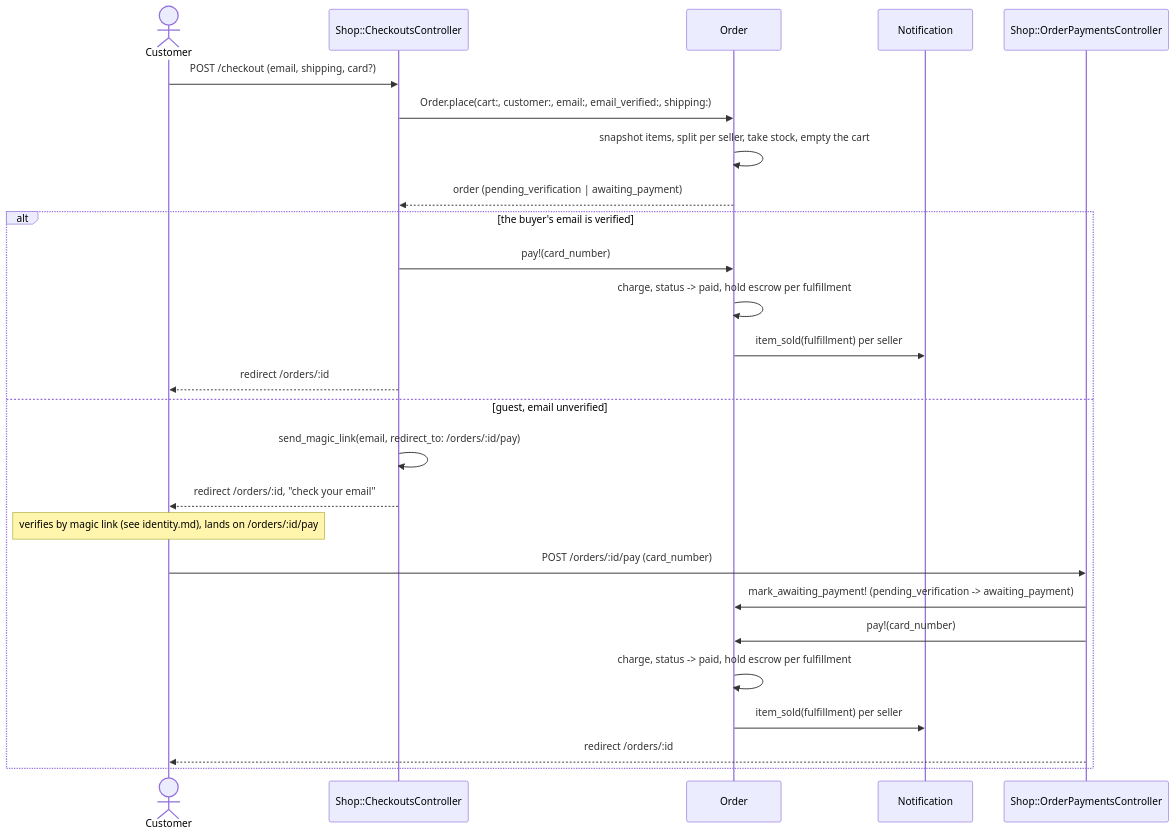
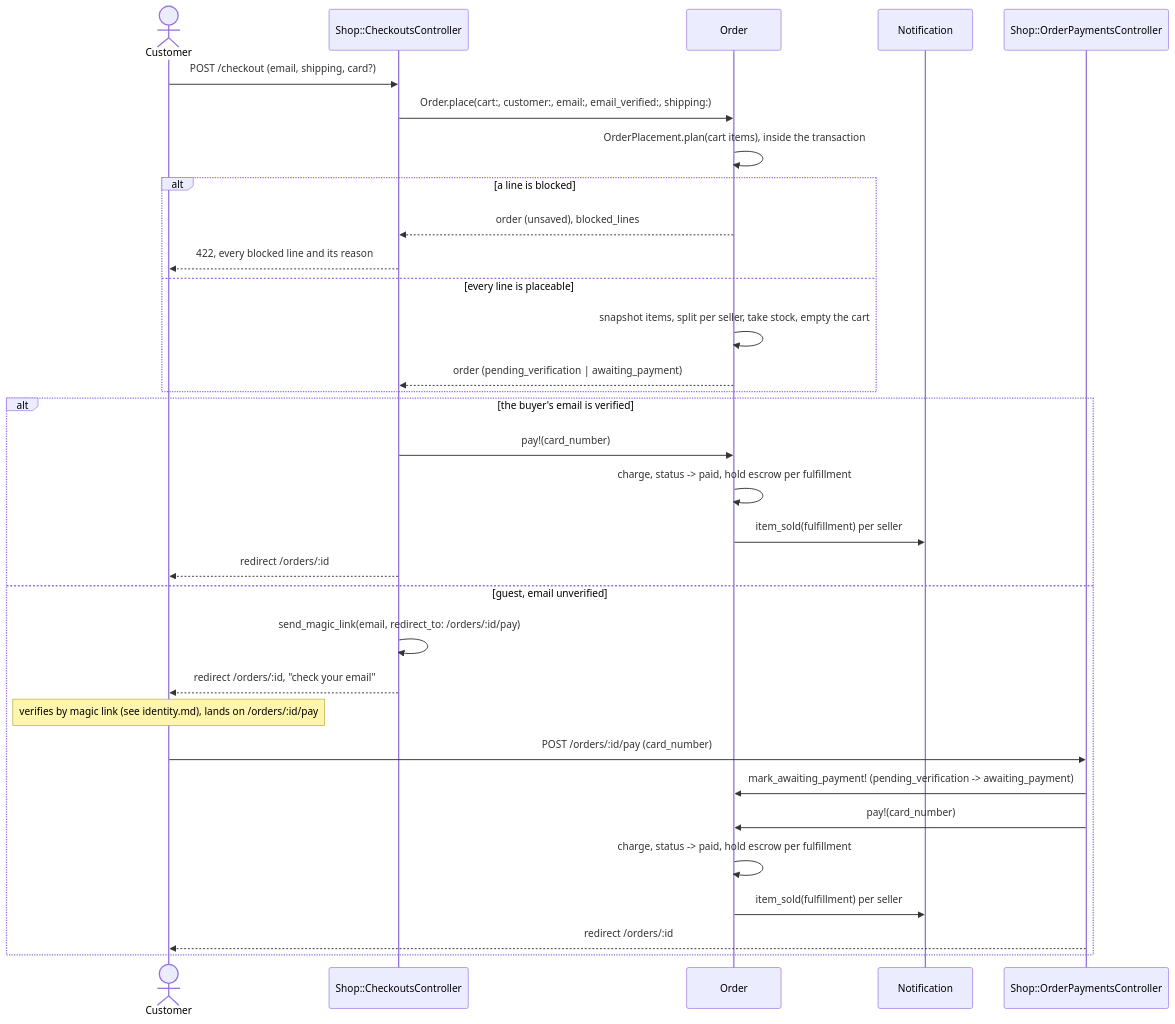
Before and after one commit to jonathan-beebe/art-store: the first of 5 diagrams in prototype/rails/docs/orders.md, drawn with Mermaid. The commit also changed other lines of this file and 318 other files, not shown here.

````diff
--- a/prototype/rails/docs/orders.md
+++ b/prototype/rails/docs/orders.md
@@ -13,30 +19,36 @@
 ```mermaid
 sequenceDiagram
     actor Customer
     participant Checkout as Shop::CheckoutsController
     participant Order
     participant Notification
     participant Pay as Shop::OrderPaymentsController
 
     Customer->>Checkout: POST /checkout (email, shipping, card?)
     Checkout->>Order: Order.place(cart:, customer:, email:, email_verified:, shipping:)
-    Order->>Order: snapshot items, split per seller, take stock, empty the cart
-    Order-->>Checkout: order (pending_verification | awaiting_payment)
+    Order->>Order: OrderPlacement.plan(cart items), inside the transaction
+    alt a line is blocked
+        Order-->>Checkout: order (unsaved), blocked_lines
+        Checkout-->>Customer: 422, every blocked line and its reason
+    else every line is placeable
+        Order->>Order: snapshot items, split per seller, take stock, empty the cart
+        Order-->>Checkout: order (pending_verification | awaiting_payment)
+    end
 
     alt the buyer's email is verified
         Checkout->>Order: pay!(card_number)
         Order->>Order: charge, status -> paid, hold escrow per fulfillment
         Order->>Notification: item_sold(fulfillment) per seller
         Checkout-->>Customer: redirect /orders/:id
     else guest, email unverified
         Checkout->>Checkout: send_magic_link(email, redirect_to: /orders/:id/pay)
         Checkout-->>Customer: redirect /orders/:id, "check your email"
         Note over Customer: verifies by magic link (see identity.md), lands on /orders/:id/pay
         Customer->>Pay: POST /orders/:id/pay (card_number)
         Pay->>Order: mark_awaiting_payment! (pending_verification -> awaiting_payment)
         Pay->>Order: pay!(card_number)
         Order->>Order: charge, status -> paid, hold escrow per fulfillment
         Order->>Notification: item_sold(fulfillment) per seller
         Pay-->>Customer: redirect /orders/:id
     end
 ```
````
